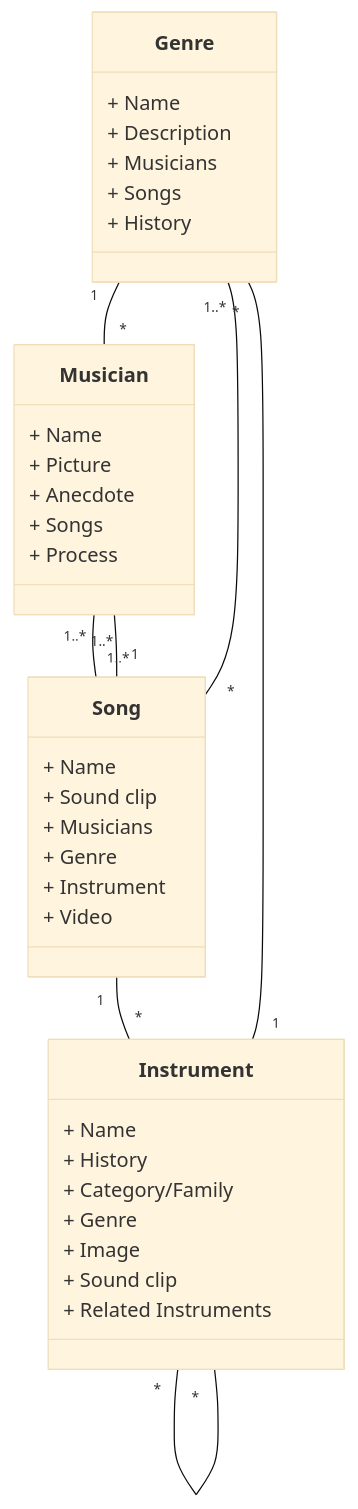
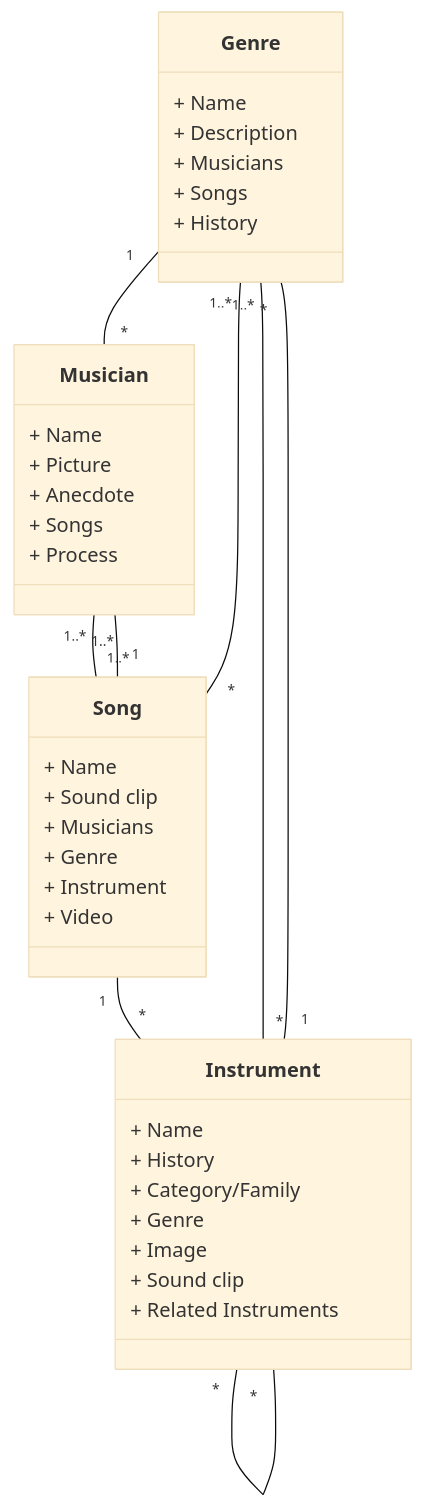
The diagram in README.md (travis-kuenzi/Mongo-Driven-Website-Term-Project), drawn with Mermaid (base theme) before and after one commit.

````diff
--- a/README.md
+++ b/README.md
@@ -11,50 +11,51 @@
 ```mermaid
 classDiagram 
     class Genre {
       + Name
       + Description
       + Musicians
       + Songs
       + History
     }
 
     class Musician {
       + Name
       + Picture
       + Anecdote
       + Songs
       + Process
     }
 
     class Instrument {
       + Name
       + History
       + Category/Family
       + Genre
       + Image
       + Sound clip
       + Related Instruments
     }
 
     class Song {
       + Name
       + Sound clip
       + Musicians
       + Genre
       + Instrument
       + Video
     }
 
 
     %%Links between entities - don't worry too much about details
     Musician "1..*" -- "1..*" Song 
 
     Genre "1" -- "*" Musician
     Genre "1..*" -- "*" Song
+    Genre "1..*" -- "*" Instrument
 
     Song "1" -- "1..*" Musician
     Song "1" -- "*" Instrument
 
     Instrument "1" -- "*" Genre
     Instrument "*" -- "*" Instrument
 ```
````
